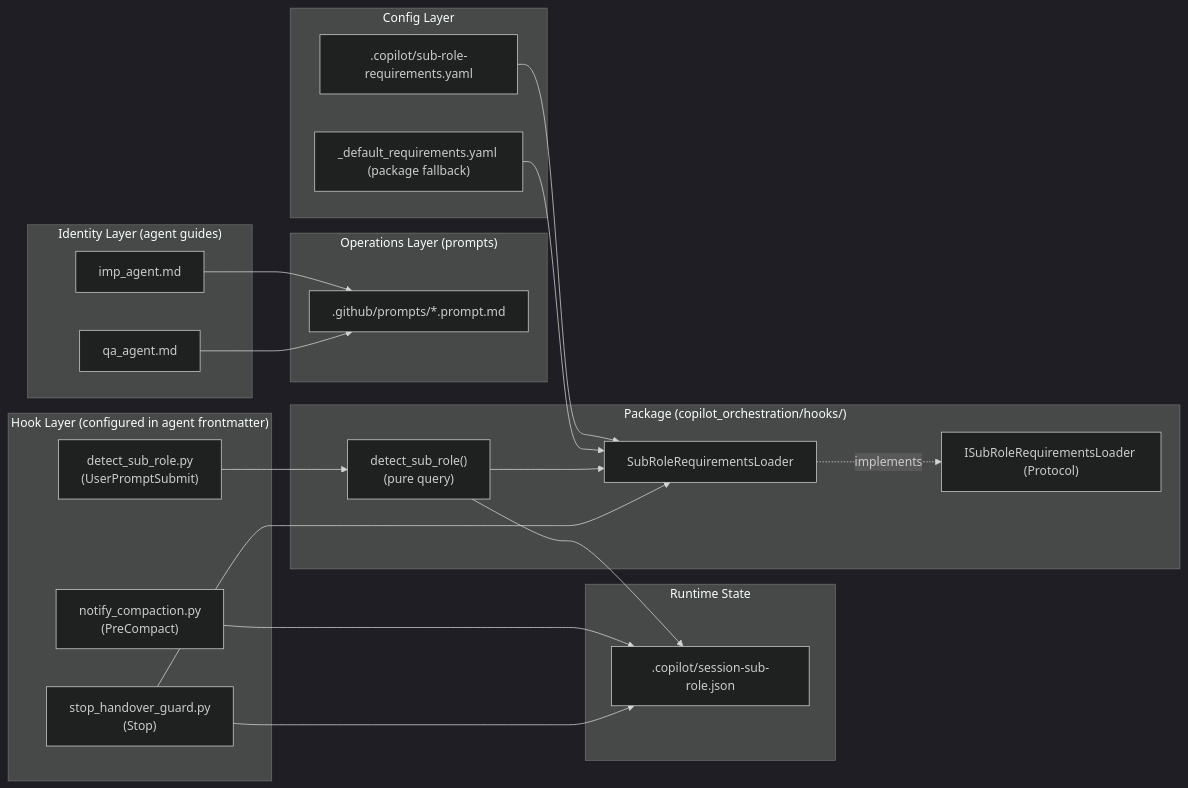
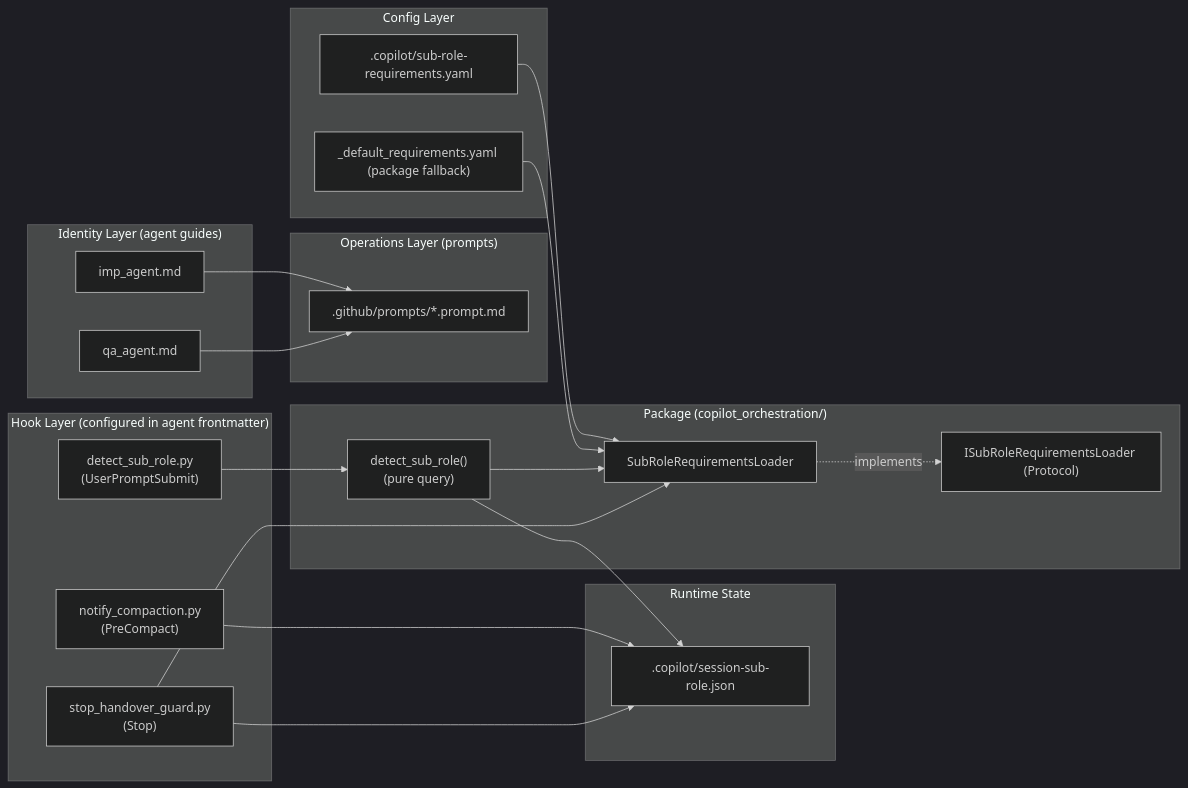
Before and after one commit to MikeyVK/S1mpleTraderV3: the first of 3 diagrams in docs/development/issue263/design_v2_sub_role_orchestration.md, drawn with Mermaid (dark theme). The commit also changed other lines of this file, not shown here.

Commit message:
docs(P_DESIGN): amend design v2.9: fix §9.2 stale package paths, DI cwd, diagram label

````diff
--- a/docs/development/issue263/design_v2_sub_role_orchestration.md
+++ b/docs/development/issue263/design_v2_sub_role_orchestration.md
@@ -94,44 +94,44 @@
 ```mermaid
 graph LR
     subgraph Identity["Identity Layer (agent guides)"]
         IA[imp_agent.md]
         QA[qa_agent.md]
     end
 
     subgraph Operations["Operations Layer (prompts)"]
         PR[".github/prompts/*.prompt.md"]
     end
 
     subgraph Config["Config Layer"]
         REQ[".copilot/sub-role-requirements.yaml"]
         PKG["_default_requirements.yaml (package fallback)"]
     end
 
     subgraph Hooks["Hook Layer (configured in agent frontmatter)"]
         UPS["detect_sub_role.py<br/>(UserPromptSubmit)"]
         COMPACT["notify_compaction.py<br/>(PreCompact)"]
         STOP["stop_handover_guard.py<br/>(Stop)"]
     end
 
     subgraph State["Runtime State"]
         SF[".copilot/session-sub-role.json"]
     end
 
-    subgraph Pkg["Package (copilot_orchestration/hooks/)"]
+    subgraph Pkg["Package (copilot_orchestration/)"]
         LDR["SubRoleRequirementsLoader"]
         IFACE["ISubRoleRequirementsLoader (Protocol)"]
         PERSIST["detect_sub_role()<br/>(pure query)"]
     end
 
     IA --> PR
     QA --> PR
     REQ --> LDR
     PKG --> LDR
     LDR -.implements.-> IFACE
     UPS --> PERSIST
     PERSIST --> LDR
     PERSIST --> SF
     COMPACT --> SF
     STOP --> LDR
     STOP --> SF
 ```
````
